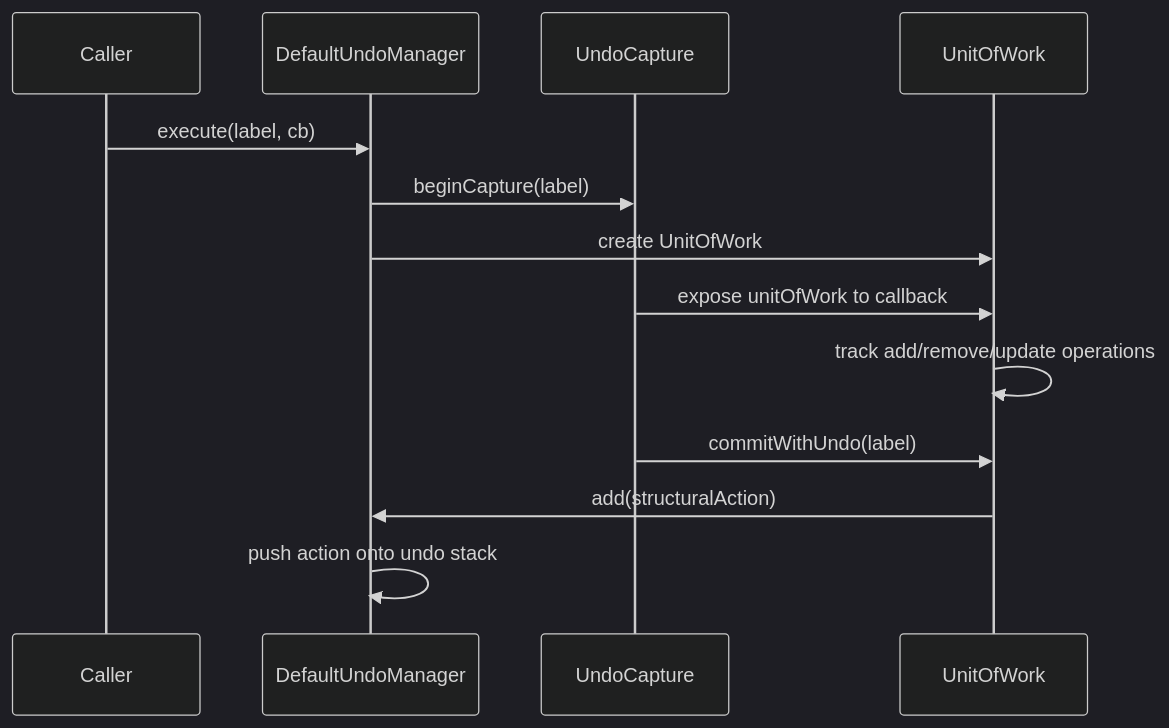
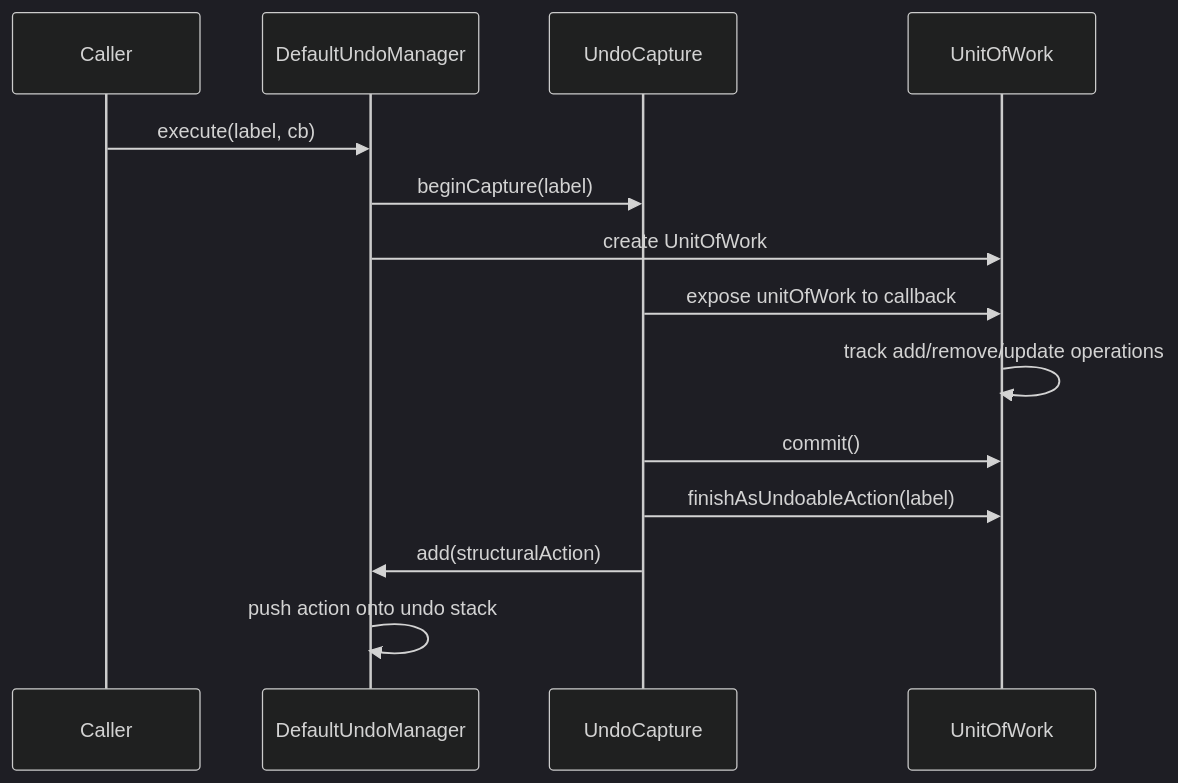
One commit to DiagramCraft/diagram-craft changed the first of 3 diagrams in packages/model/UNDO_FLOW.md. Above: the diagram before and after it, drawn with Mermaid (dark theme). The commit also changed other lines of this file and 2 other files, not shown here.

Commit message:
Move undo finalization out of UnitOfWork

````diff
--- a/packages/model/UNDO_FLOW.md
+++ b/packages/model/UNDO_FLOW.md
@@ -72,16 +76,17 @@
 ```mermaid
 sequenceDiagram
     participant Caller
     participant Mgr as DefaultUndoManager
     participant Capture as UndoCapture
     participant Work as UnitOfWork
 
     Caller->>Mgr: execute(label, cb)
     Mgr->>Capture: beginCapture(label)
     Mgr->>Work: create UnitOfWork
     Capture->>Work: expose unitOfWork to callback
     Work->>Work: track add/remove/update operations
-    Capture->>Work: commitWithUndo(label)
-    Work->>Mgr: add(structuralAction)
+    Capture->>Work: commit()
+    Capture->>Work: finishAsUndoableAction(label)
+    Capture->>Mgr: add(structuralAction)
     Mgr->>Mgr: push action onto undo stack
 ```
````
